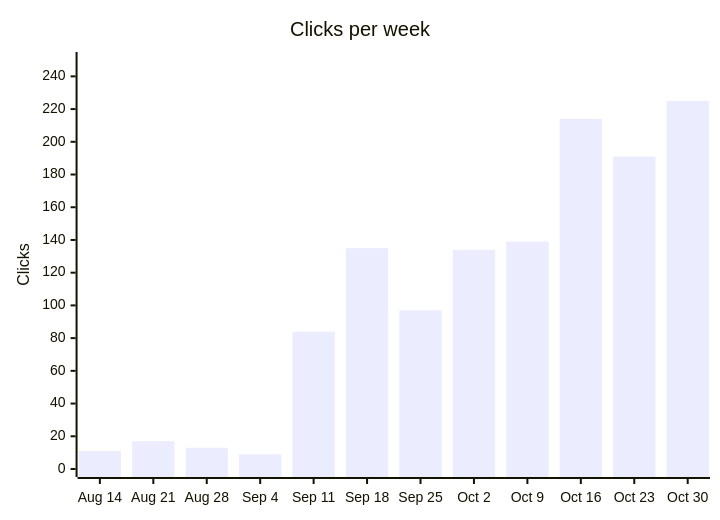
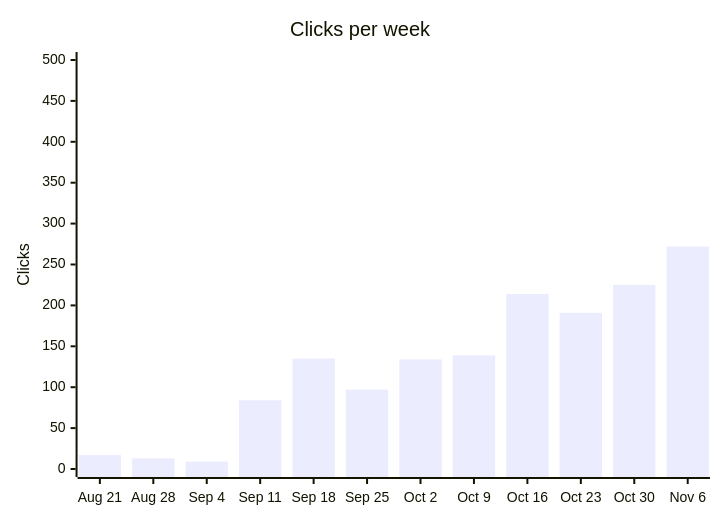
The first of 13 diagrams in latest.md (langx/website), drawn with Mermaid before and after one commit. The commit also changed other lines of this file and 2 other files, not shown here.

````diff
--- a/latest.md
+++ b/latest.md
@@ -18,7 +18,7 @@
 ```mermaid
 xychart-beta
   title "Clicks per week"
-  x-axis ["Aug 14", "Aug 21", "Aug 28", "Sep 4", "Sep 11", "Sep 18", "Sep 25", "Oct 2", "Oct 9", "Oct 16", "Oct 23", "Oct 30"]
-  y-axis "Clicks" 0 --> 250
-  bar [11, 17, 13, 9, 84, 135, 97, 134, 139, 214, 191, 225]
+  x-axis ["Aug 21", "Aug 28", "Sep 4", "Sep 11", "Sep 18", "Sep 25", "Oct 2", "Oct 9", "Oct 16", "Oct 23", "Oct 30", "Nov 6"]
+  y-axis "Clicks" 0 --> 500
+  bar [17, 13, 9, 84, 135, 97, 134, 139, 214, 191, 225, 272]
 ```
````
